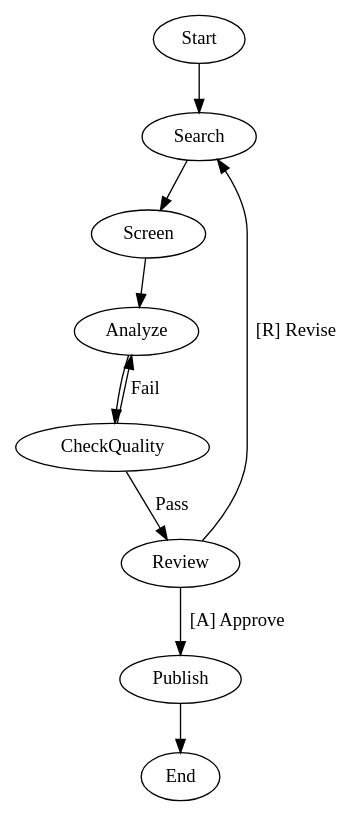
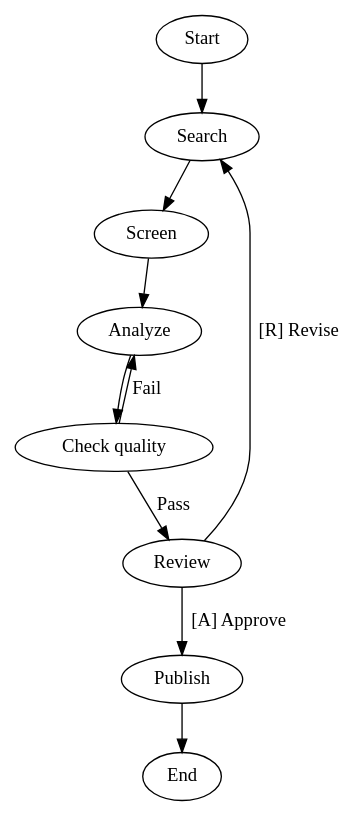
The second of 21 diagrams in site/docs/workflows/pipelines.md (stencila/stencila), drawn with Graphviz before and after one commit. The commit also changed other lines of this file and 21 other files, not shown here.

````diff
--- a/site/docs/workflows/pipelines.md
+++ b/site/docs/workflows/pipelines.md
@@ -93,17 +96,27 @@
 ```dot
 digraph ResearchWorkflow {
     graph [goal="Systematic review of renewable energy storage technologies"]
 
-    Start -> Search -> Screen -> Analyze -> CheckQuality
+    Start -> Search
+
+    Search [prompt="Search databases for recent papers on: $goal"]
+    Search -> Screen
+
+    Screen [prompt="Screen papers for relevance and quality"]
+    Screen -> Analyze
+    
+    Analyze [prompt="Extract and synthesize key findings"]
+    Analyze -> CheckQuality
+
+    CheckQuality [label="Check quality"]
     CheckQuality -> Review    [label="Pass", condition="outcome=success"]
     CheckQuality -> Analyze   [label="Fail", condition="outcome!=success"]
+
+    Review [label="Review"]
     Review -> Publish         [label="[A] Approve"]
     Review -> Search          [label="[R] Revise"]
+
+    Publish      [prompt="Format the final review for publication"]
     Publish -> End
-
-    Search       [prompt="Search databases for recent papers on: $goal"]
-    Screen       [prompt="Screen papers for relevance and quality"]
-    Analyze      [prompt="Extract and synthesize key findings"]
-    Publish      [prompt="Format the final review for publication"]
 }
 ```
````
